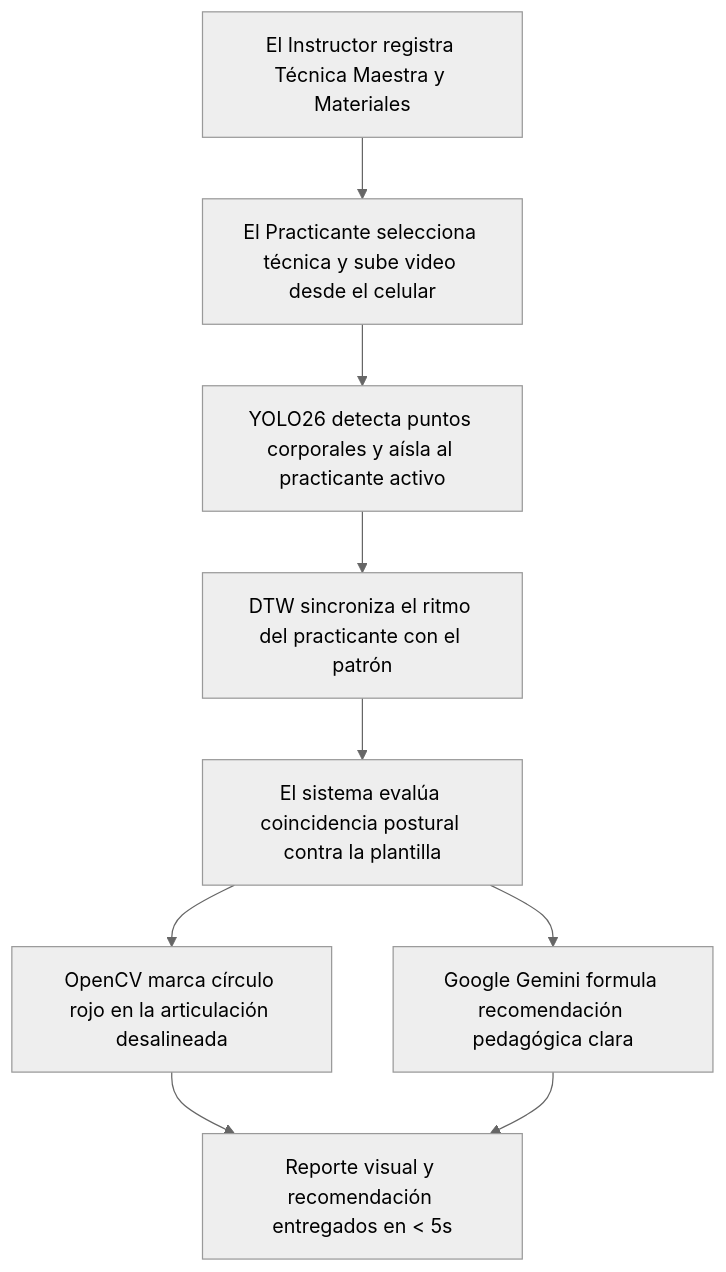
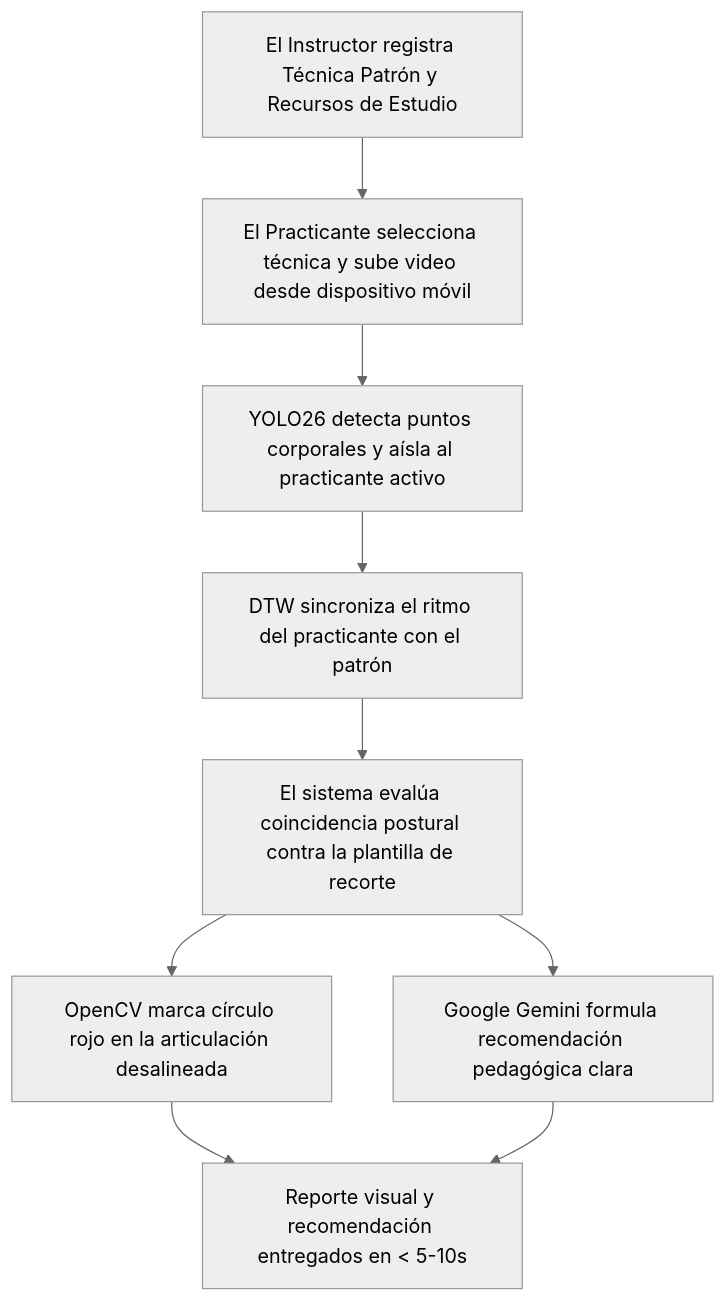
Before and after one commit to Tsmrain/JiuJitsu: the fourth of 6 diagrams in README.md, drawn with Mermaid (neutral theme). The commit also changed other lines of this file, not shown here.

````diff
--- a/README.md
+++ b/README.md
@@ -313,11 +316,11 @@
 ```mermaid
 flowchart TD
-    A[El Instructor registra Técnica Maestra y Materiales] --> B[El Practicante selecciona técnica y sube video desde el celular]
+    A[El Instructor registra Técnica Patrón y Recursos de Estudio] --> B[El Practicante selecciona técnica y sube video desde dispositivo móvil]
     B --> C[YOLO26 detecta puntos corporales y aísla al practicante activo]
     C --> D[DTW sincroniza el ritmo del practicante con el patrón]
-    D --> E[El sistema evalúa coincidencia postural contra la plantilla]
+    D --> E[El sistema evalúa coincidencia postural contra la plantilla de recorte]
     E --> F[OpenCV marca círculo rojo en la articulación desalineada]
     E --> G[Google Gemini formula recomendación pedagógica clara]
-    F --> H[Reporte visual y recomendación entregados en < 5s]
+    F --> H[Reporte visual y recomendación entregados en < 5-10s]
     G --> H
 ```
````
